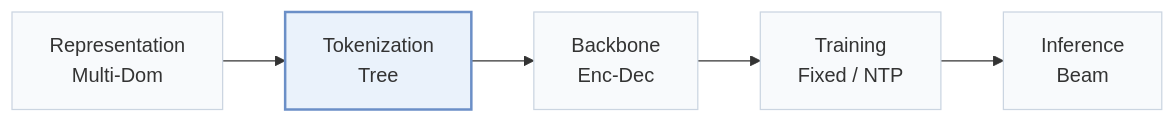
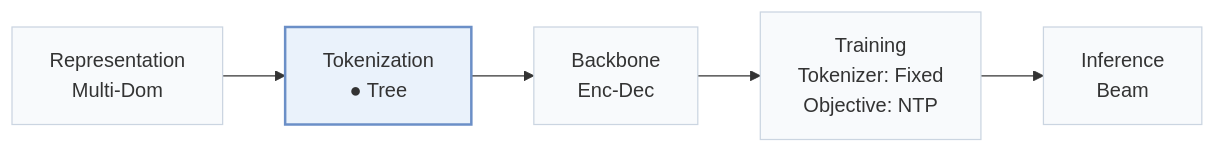
One commit to Galaxy-ghost/Awesome-SID-Generative-Rec changed the first of 2 diagrams in pages/papers/utgrec.md. Above: the diagram before and after it, drawn with Mermaid. The commit also changed other lines of this file and 558 other files, not shown here.

````diff
--- a/pages/papers/utgrec.md
+++ b/pages/papers/utgrec.md
@@ -15,8 +19,8 @@
 ```mermaid
 flowchart LR
-    R["Representation<br/>Multi-Dom"] --> T["Tokenization<br/>Tree"] --> B["Backbone<br/>Enc-Dec"] --> TR["Training<br/>Fixed / NTP"] --> I["Inference<br/>Beam"]
+    R["Representation<br/>Multi-Dom"] --> T["Tokenization<br/>● Tree"] --> B["Backbone<br/>Enc-Dec"] --> TR["Training<br/>Tokenizer: Fixed<br/>Objective: NTP"] --> I["Inference<br/>Beam"]
     classDef base fill:#f8fafc,stroke:#cbd5e1
     class R,T,B,TR,I base
     classDef main fill:#eaf2fb,stroke:#6b8fc7,stroke-width:2px
     class T main
 ```
````
